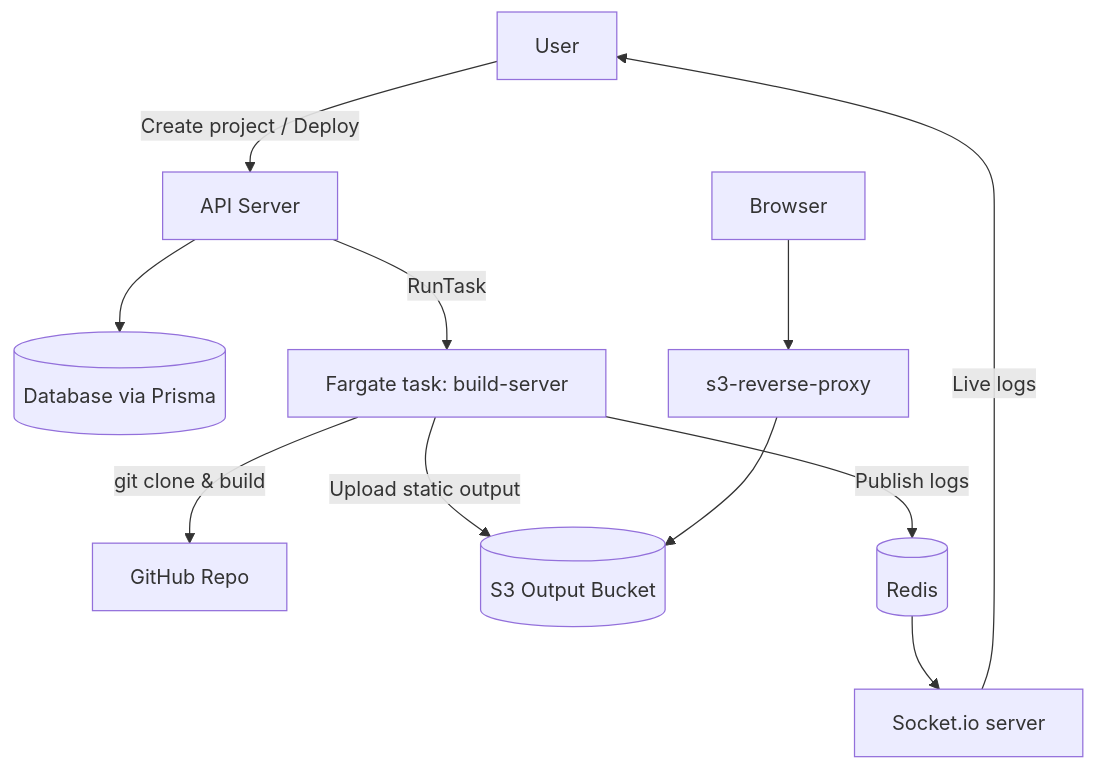
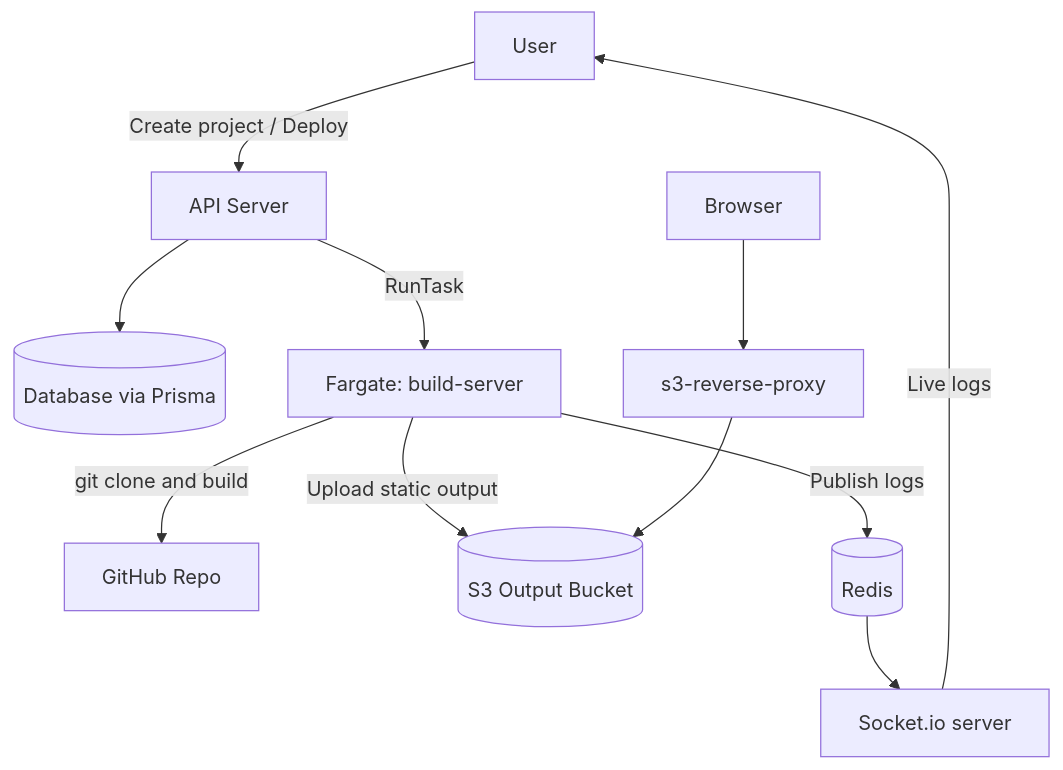
One commit to NikunjS91/RepoLaunch changed the diagram in README.md. Above: the diagram before and after it, drawn with Mermaid. The commit also changed other lines of this file, not shown here.

Commit message:
docs: rewrite README with architecture, features, and setup guide

````diff
--- a/README.md
+++ b/README.md
@@ -16,13 +39,13 @@
 ```mermaid
 graph TD
   U[User] -->|Create project / Deploy| API[API Server]
   API --> DB[(Database via Prisma)]
-  API -->|RunTask| ECS[Fargate task: build-server]
-  ECS -->|git clone & build| GH[GitHub Repo]
+  API -->|RunTask| ECS[Fargate: build-server]
+  ECS -->|git clone and build| GH[GitHub Repo]
   ECS -->|Upload static output| S3[(S3 Output Bucket)]
   BROWSER[Browser] --> PROXY[s3-reverse-proxy]
   PROXY --> S3
   ECS -->|Publish logs| REDIS[(Redis)]
   REDIS --> SOCKET[Socket.io server]
   SOCKET -->|Live logs| U
 ```
````
